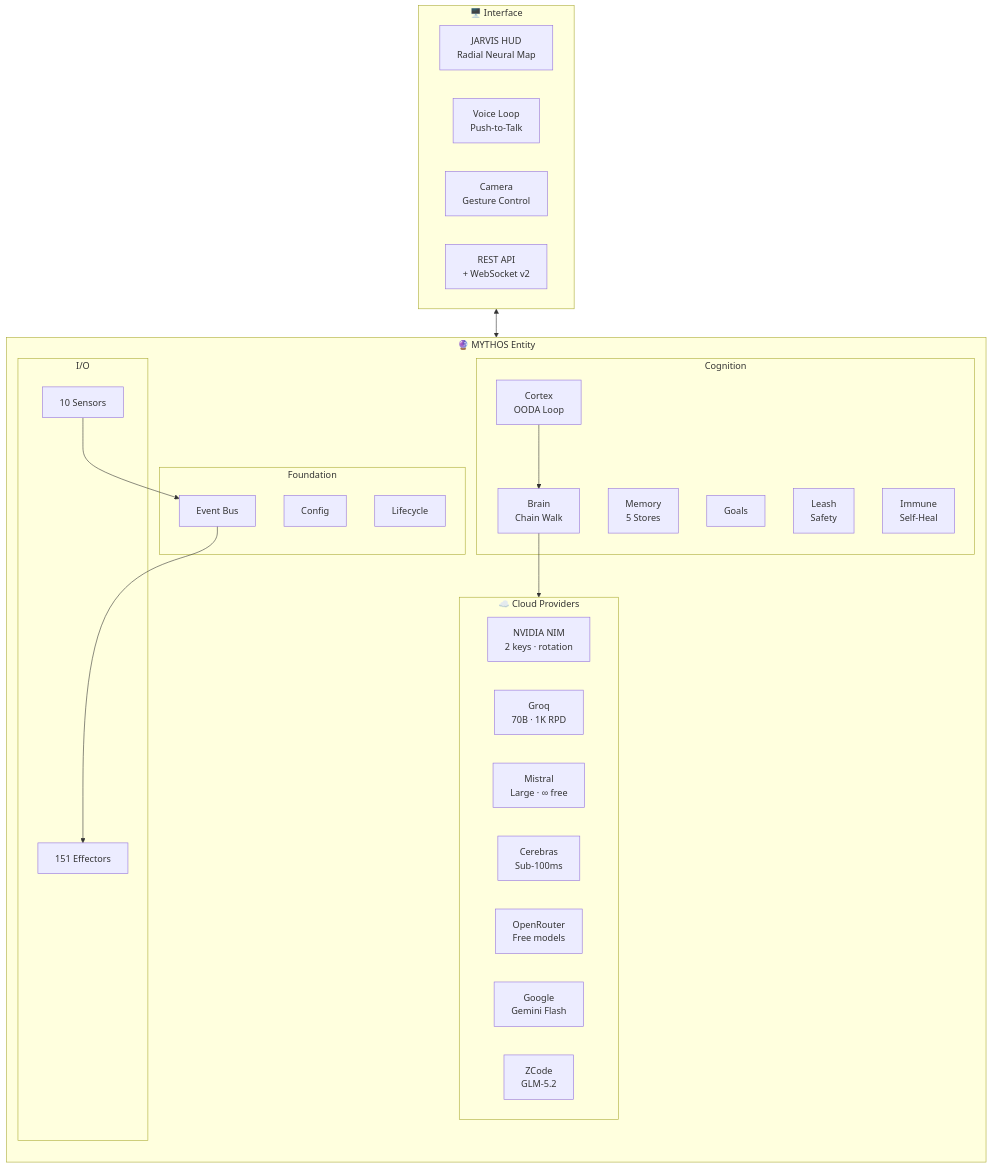
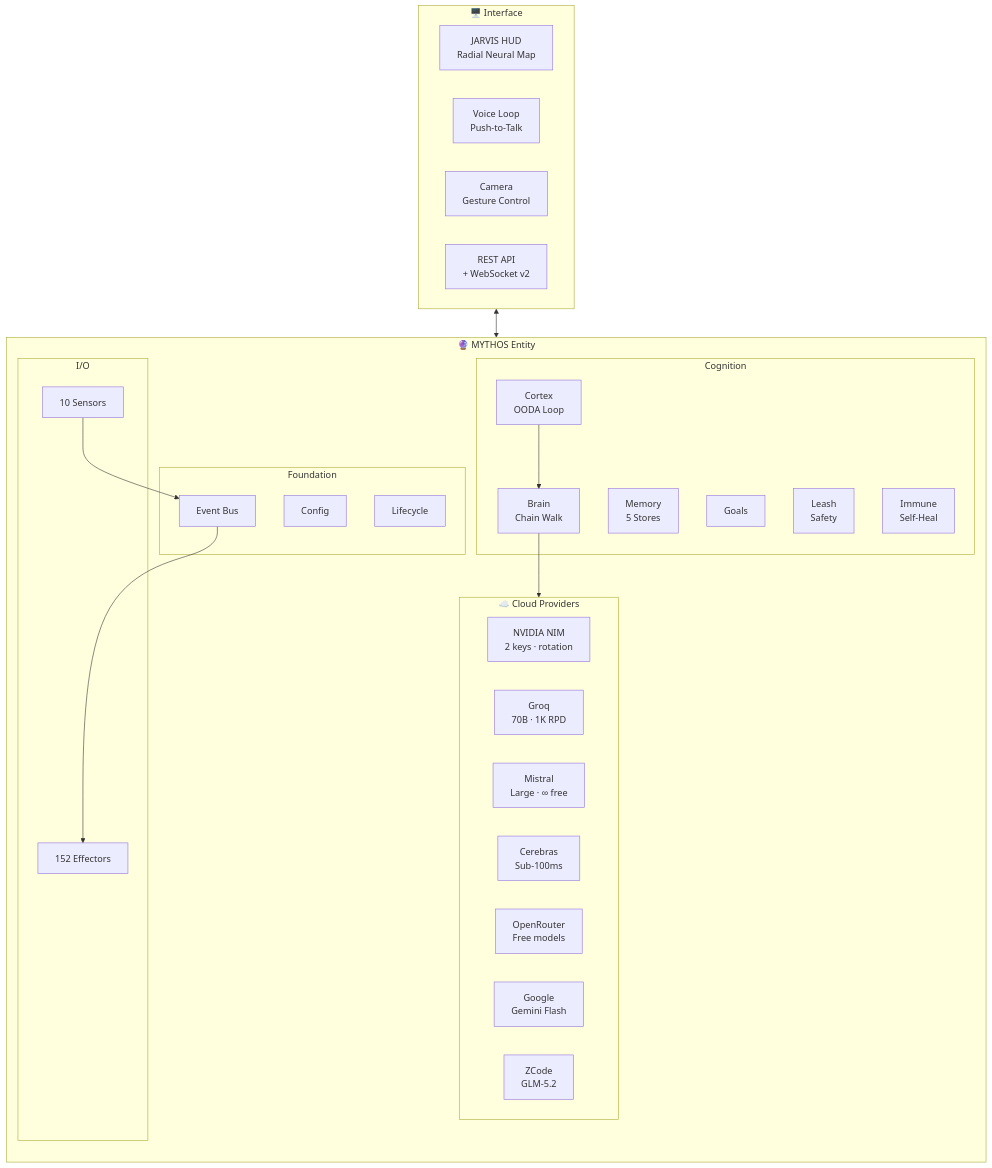
Before and after one commit to HailLucifer666/Agent_OS: the first of 11 diagrams in README.md, drawn with Mermaid. The commit also changed other lines of this file and 3 other files, not shown here.

````diff
--- a/README.md
+++ b/README.md
@@ -48,45 +48,45 @@
 ```mermaid
 flowchart TB
     subgraph Cloud["☁️ Cloud Providers"]
         direction LR
         NIM["NVIDIA NIM<br/>2 keys · rotation"]
         GQ["Groq<br/>70B · 1K RPD"]
         MI["Mistral<br/>Large · ∞ free"]
         CE["Cerebras<br/>Sub-100ms"]
         OR["OpenRouter<br/>Free models"]
         GOOG["Google<br/>Gemini Flash"]
         ZC["ZCode<br/>GLM-5.2"]
     end
 
     subgraph MYTHOS["🔮 MYTHOS Entity"]
         direction TB
         subgraph Foundation["Foundation"]
             CFG["Config"]
             BUS["Event Bus"]
             LIFE["Lifecycle"]
         end
         subgraph Cognition["Cognition"]
             CORT["Cortex<br/>OODA Loop"]
             BRN["Brain<br/>Chain Walk"]
             MEM["Memory<br/>5 Stores"]
             GOAL["Goals"]
             LEASH["Leash<br/>Safety"]
             IMM["Immune<br/>Self-Heal"]
         end
         subgraph IOLayer["I/O"]
             SENS["10 Sensors"]
-            EFF["151 Effectors"]
+            EFF["152 Effectors"]
         end
         CORT --> BRN --> Cloud
         SENS --> BUS --> EFF
     end
 
     subgraph Interface["🖥️ Interface"]
         HUD["JARVIS HUD<br/>Radial Neural Map"]
         VOICE["Voice Loop<br/>Push-to-Talk"]
         CAM["Camera<br/>Gesture Control"]
         API["REST API<br/>+ WebSocket v2"]
     end
 
     Interface <--> MYTHOS
 ```
````
